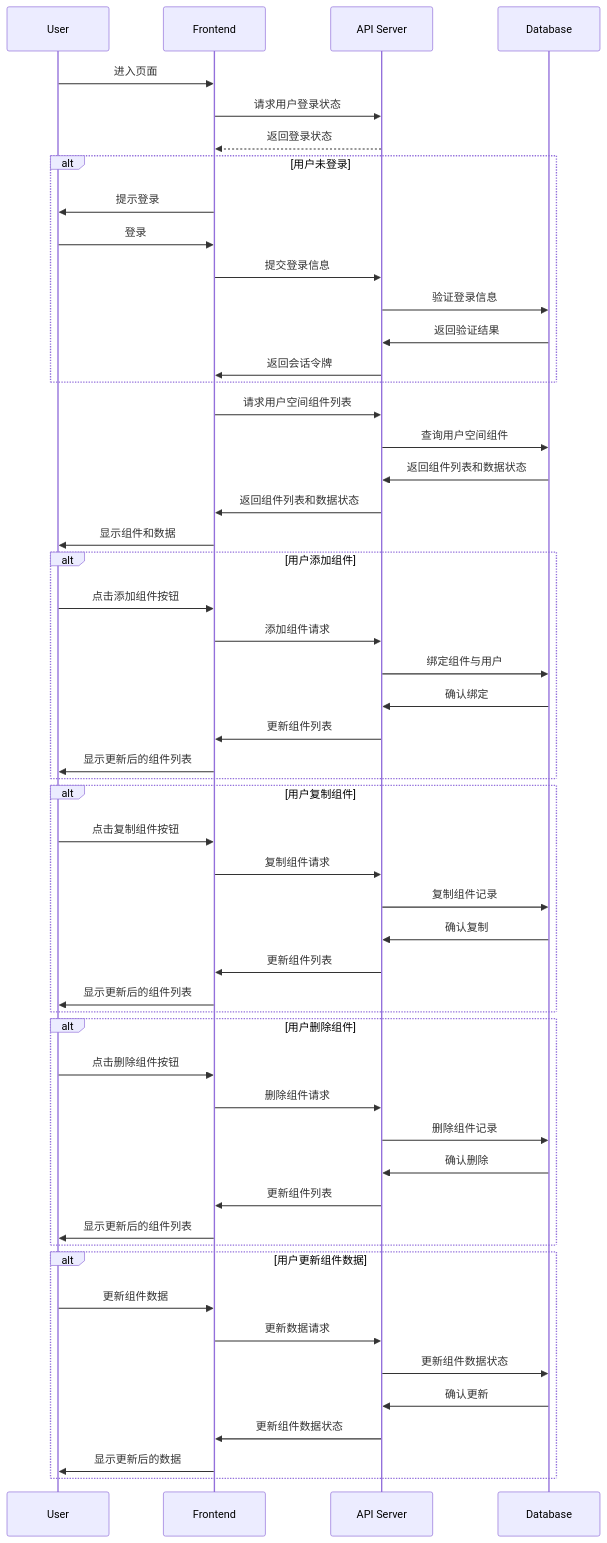
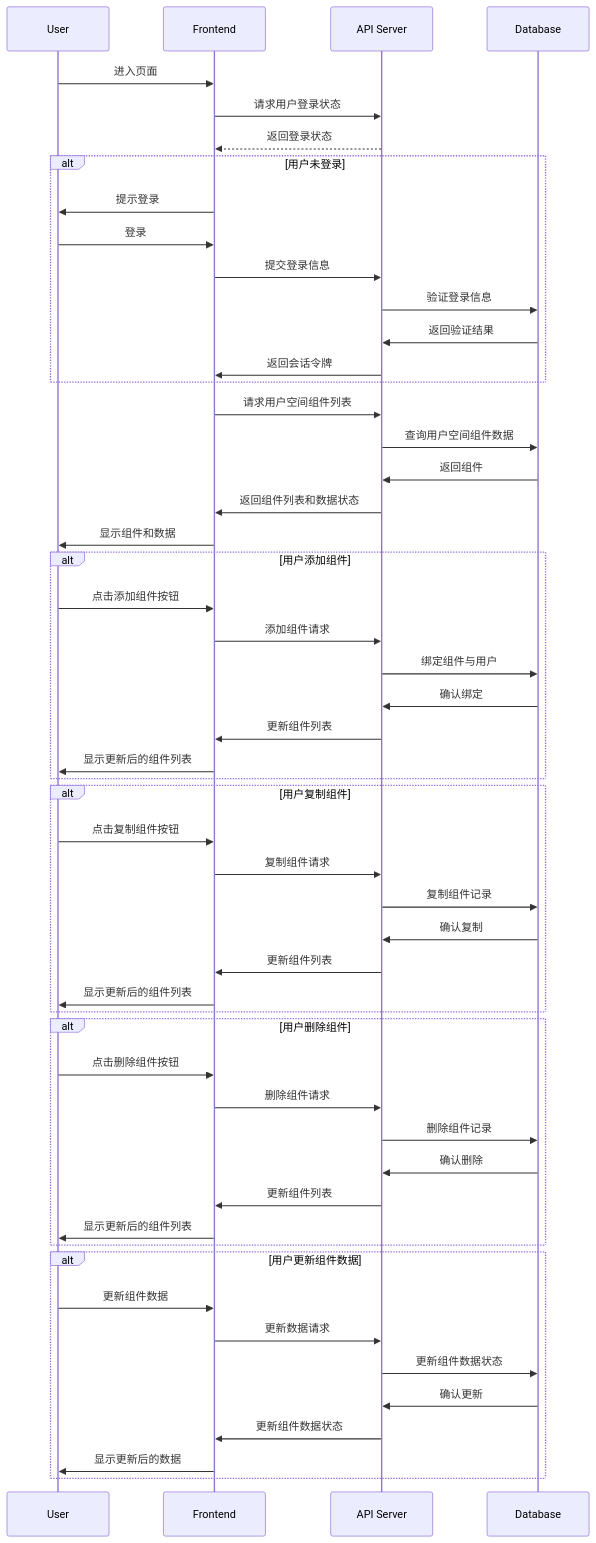
The diagram in all/未命名-7.md (yingjianzh/iodraw-files), drawn with Mermaid before and after one commit.

Commit message:
2024-10-09 10:19:39 update

````diff
--- a/all/未命名-7.md
+++ b/all/未命名-7.md
@@ -1,62 +1,62 @@
 ```mermaid
 sequenceDiagram
     participant User
     participant Frontend
     participant API Server
     participant Database
 
     User->>Frontend: 进入页面
     Frontend->>API Server: 请求用户登录状态
     API Server-->>Frontend: 返回登录状态
     alt 用户未登录
         Frontend->>User: 提示登录
         User->>Frontend: 登录
         Frontend->>API Server: 提交登录信息
         API Server->>Database: 验证登录信息
         Database->>API Server: 返回验证结果
         API Server->>Frontend: 返回会话令牌
     end
 
     Frontend->>API Server: 请求用户空间组件列表
-    API Server->>Database: 查询用户空间组件
-    Database->>API Server: 返回组件列表和数据状态
+    API Server->>Database: 查询用户空间组件数据
+    Database->>API Server: 返回组件
     API Server->>Frontend: 返回组件列表和数据状态
     Frontend->>User: 显示组件和数据
 
     alt 用户添加组件
         User->>Frontend: 点击添加组件按钮
         Frontend->>API Server: 添加组件请求
         API Server->>Database: 绑定组件与用户
         Database->>API Server: 确认绑定
         API Server->>Frontend: 更新组件列表
         Frontend->>User: 显示更新后的组件列表
     end
 
     alt 用户复制组件
         User->>Frontend: 点击复制组件按钮
         Frontend->>API Server: 复制组件请求
         API Server->>Database: 复制组件记录
         Database->>API Server: 确认复制
         API Server->>Frontend: 更新组件列表
         Frontend->>User: 显示更新后的组件列表
     end
 
     alt 用户删除组件
         User->>Frontend: 点击删除组件按钮
         Frontend->>API Server: 删除组件请求
         API Server->>Database: 删除组件记录
         Database->>API Server: 确认删除
         API Server->>Frontend: 更新组件列表
         Frontend->>User: 显示更新后的组件列表
     end
 
     alt 用户更新组件数据
         User->>Frontend: 更新组件数据
         Frontend->>API Server: 更新数据请求
         API Server->>Database: 更新组件数据状态
         Database->>API Server: 确认更新
         API Server->>Frontend: 更新组件数据状态
         Frontend->>User: 显示更新后的数据
     end
 
 ```
````
